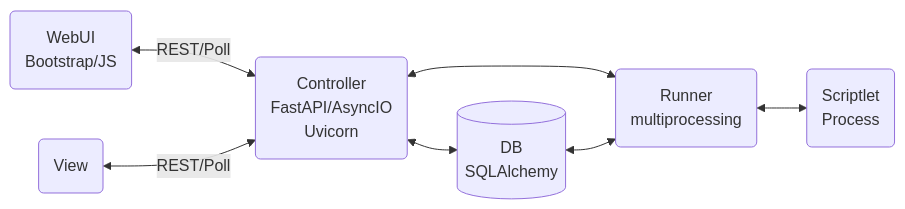
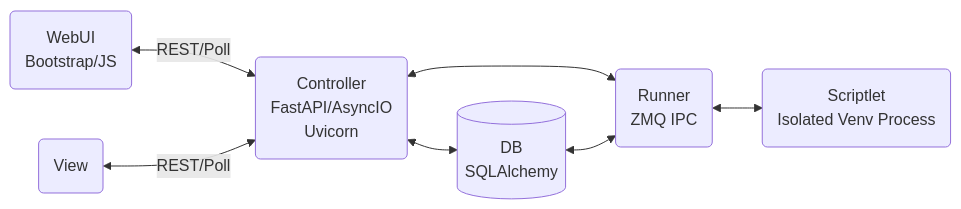
One commit to pyops-project/pyops changed the diagram in README.md. Above: the diagram before and after it, drawn with Mermaid. The commit also changed other lines of this file and 8 other files, not shown here.

````diff
--- a/README.md
+++ b/README.md
@@ -7,16 +7,16 @@
 ```mermaid
 flowchart LR
     A("WebUI<br>Bootstrap/JS")
     B("View")
     C("Controller<br>FastAPI/AsyncIO<br>Uvicorn")
     D[(DB<br>SQLAlchemy)]
-    E("Runner<br>multiprocessing")
-    F("Scriptlet<br>Process")
+    E("Runner<br>ZMQ IPC")
+    F("Scriptlet<br>Isolated Venv Process")
 
     A <-->|"REST/Poll"| C
     B <-->|"REST/Poll"| C
     C <--> D
     C <--> E
     D <--> E
     E <--> F
 ```
````
